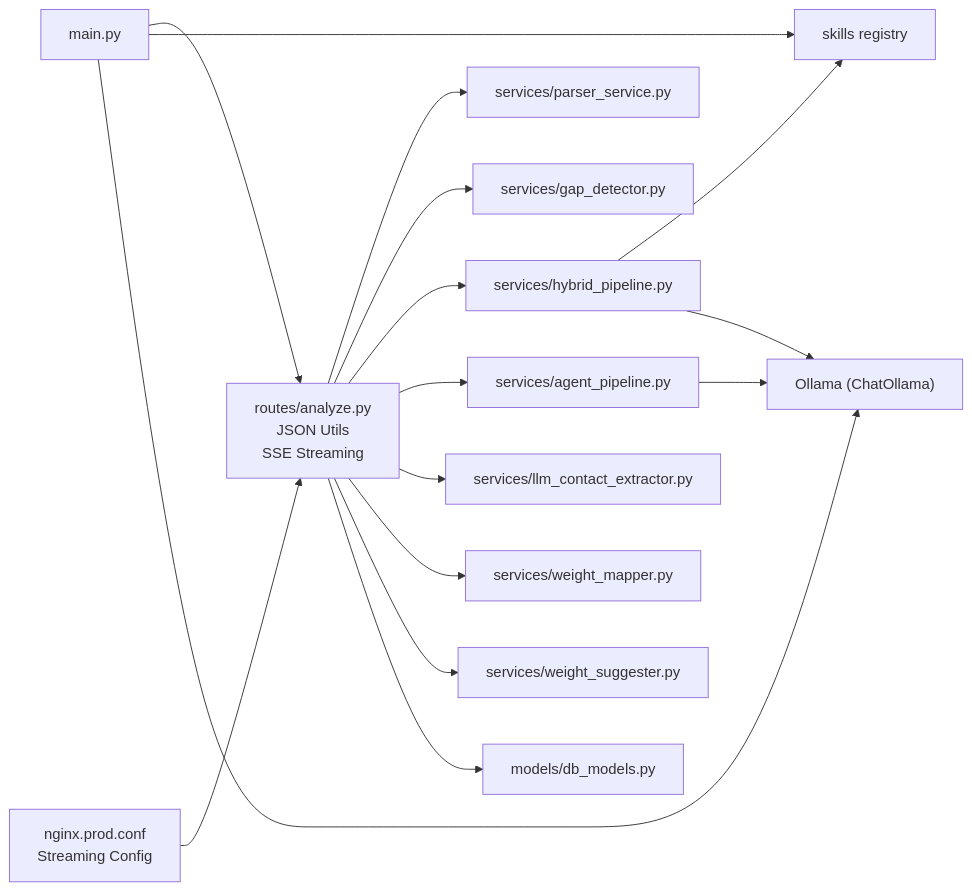
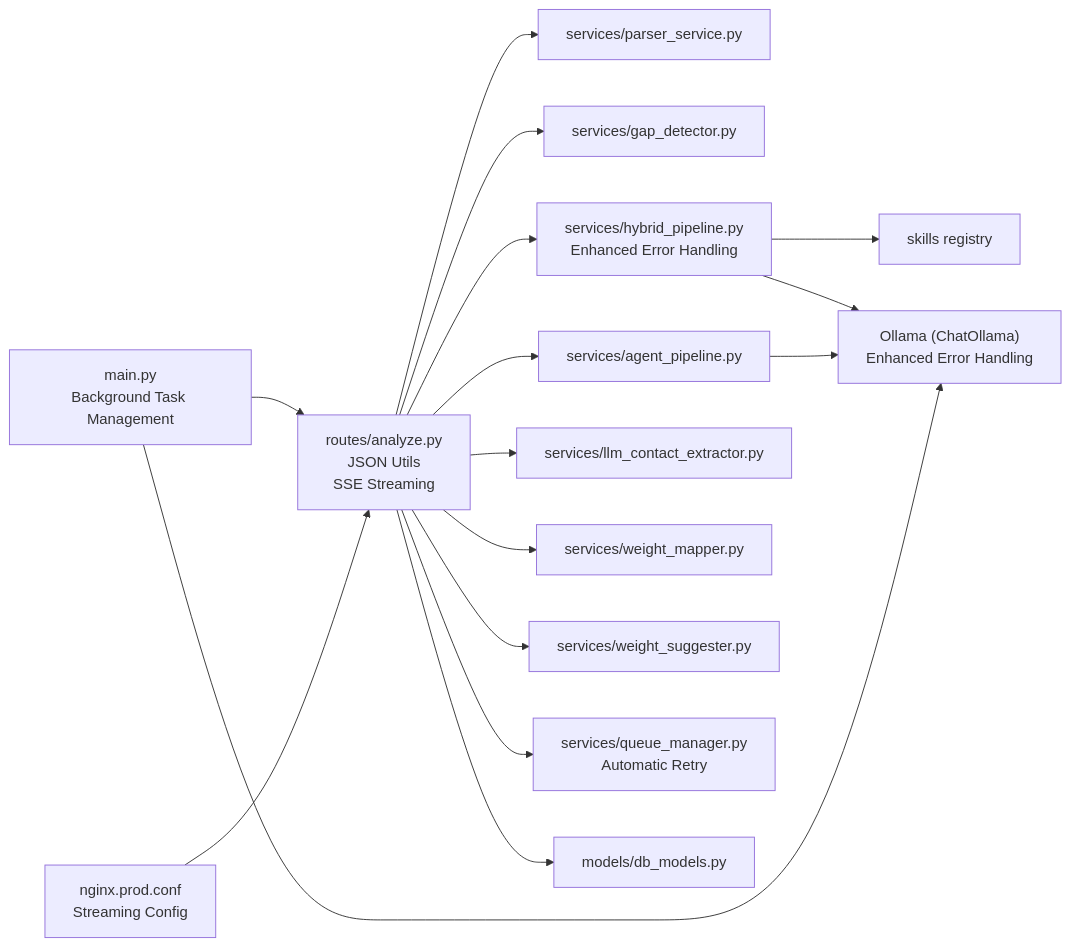
One commit to Revanththetalogics/aireume changed diagram 20 of 20 in .qoder/repowiki/en/content/Analysis Engine/Analysis Engine.md. Above: the diagram before and after it, drawn with Mermaid. The commit also changed other lines of this file and 61 other files, not shown here.

````diff
--- a/.qoder/repowiki/en/content/Analysis Engine/Analysis Engine.md
+++ b/.qoder/repowiki/en/content/Analysis Engine/Analysis Engine.md
@@ -860,18 +1019,18 @@
 ```mermaid
 graph LR
 Route["routes/analyze.py<br/>JSON Utils<br/>SSE Streaming"] --> Parser["services/parser_service.py"]
 Route --> Gap["services/gap_detector.py"]
-Route --> Hybrid["services/hybrid_pipeline.py"]
+Route --> Hybrid["services/hybrid_pipeline.py<br/>Enhanced Error Handling"]
 Route --> Agent["services/agent_pipeline.py"]
 Route --> Contact["services/llm_contact_extractor.py"]
 Route --> WeightMapper["services/weight_mapper.py"]
 Route --> WeightSuggester["services/weight_suggester.py"]
+Route --> QueueManager["services/queue_manager.py<br/>Automatic Retry"]
 Hybrid --> Skills["skills registry"]
-Hybrid --> Ollama["Ollama (ChatOllama)"]
+Hybrid --> Ollama["Ollama (ChatOllama)<br/>Enhanced Error Handling"]
 Agent --> Ollama
 Route --> Models["models/db_models.py"]
-Main["main.py"] --> Route
-Main --> Skills
+Main["main.py<br/>Background Task Management"] --> Route
 Main --> Ollama
 Nginx["nginx.prod.conf<br/>Streaming Config"] --> Route
 ```
````
